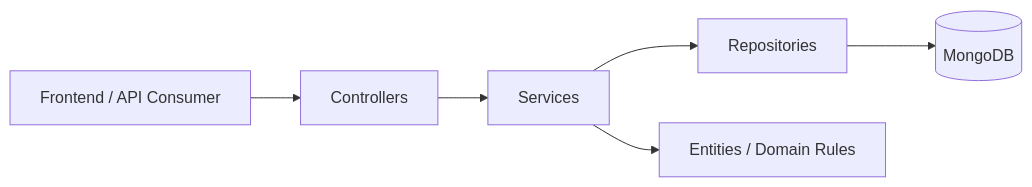
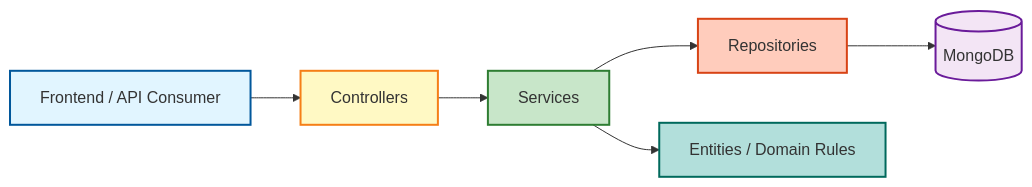
Before and after one commit to fasai444/GreenDesk: the first of 10 diagrams in docs/index.md, drawn with Mermaid. The commit also changed other lines of this file and 6 other files, not shown here.

````diff
--- a/docs/index.md
+++ b/docs/index.md
@@ -256,8 +285,22 @@
 ```mermaid
 flowchart LR
-	Client[Frontend / API Consumer] --> Ctrl[Controllers]
-	Ctrl --> Svc[Services]
-	Svc --> Repo[Repositories]
-	Repo --> DB[(MongoDB)]
-	Svc --> Domain[Entities / Domain Rules]
+    Client[Frontend / API Consumer] --> Ctrl[Controllers]
+    Ctrl --> Svc[Services]
+    Svc --> Repo[Repositories]
+    Repo --> DB[(MongoDB)]
+    Svc --> Domain[Entities / Domain Rules]
+    
+    classDef clientStyle fill:#e1f5ff,stroke:#01579b,stroke-width:2px
+    classDef ctrlStyle fill:#fff9c4,stroke:#f57f17,stroke-width:2px
+    classDef svcStyle fill:#c8e6c9,stroke:#2e7d32,stroke-width:2px
+    classDef repoStyle fill:#ffccbc,stroke:#d84315,stroke-width:2px
+    classDef dbStyle fill:#f3e5f5,stroke:#6a1b9a,stroke-width:2px
+    classDef domainStyle fill:#b2dfdb,stroke:#00695c,stroke-width:2px
+    
+    class Client clientStyle
+    class Ctrl ctrlStyle
+    class Svc svcStyle
+    class Repo repoStyle
+    class DB dbStyle
+    class Domain domainStyle
 ```
````
